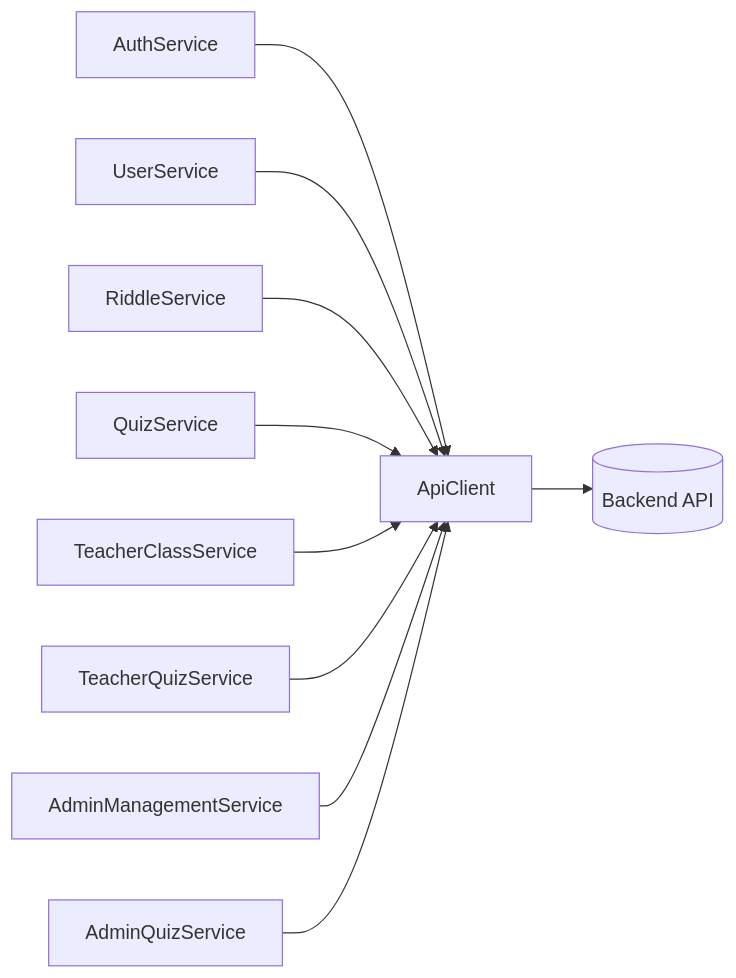
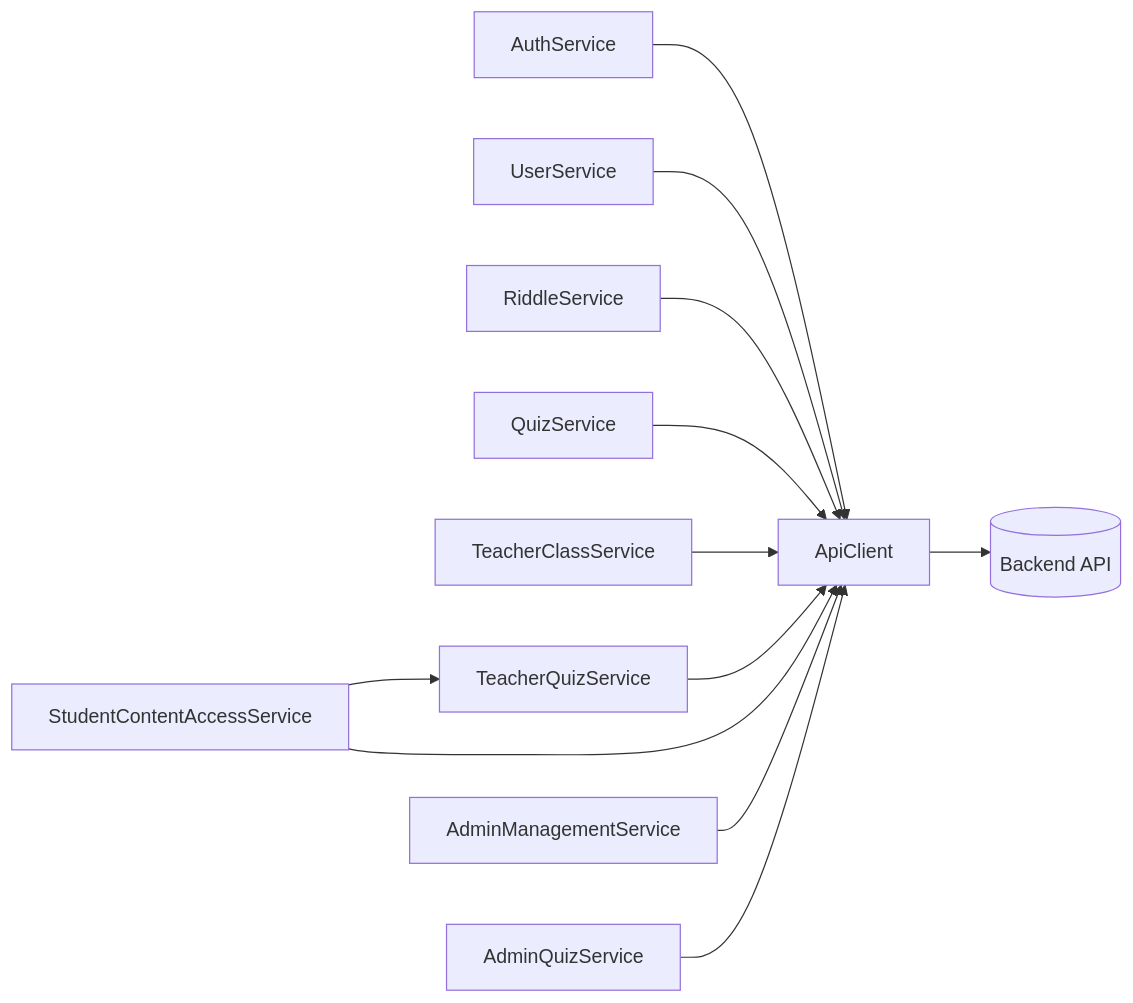
Before and after one commit to Vassili-REGNIER/matheopolis: the diagram in .ai/architecture/frontend/services-api.md, drawn with Mermaid. The commit also changed other lines of this file and 15 other files, not shown here.

````diff
--- a/.ai/architecture/frontend/services-api.md
+++ b/.ai/architecture/frontend/services-api.md
@@ -78,12 +82,14 @@
 ```mermaid
 flowchart LR
   AuthService --> ApiClient
   UserService --> ApiClient
   RiddleService --> ApiClient
   QuizService --> ApiClient
   TeacherClassService --> ApiClient
   TeacherQuizService --> ApiClient
+  StudentContentAccessService --> ApiClient
+  StudentContentAccessService --> TeacherQuizService
   AdminManagementService --> ApiClient
   AdminQuizService --> ApiClient
   ApiClient --> Backend[(Backend API)]
 ```
````
